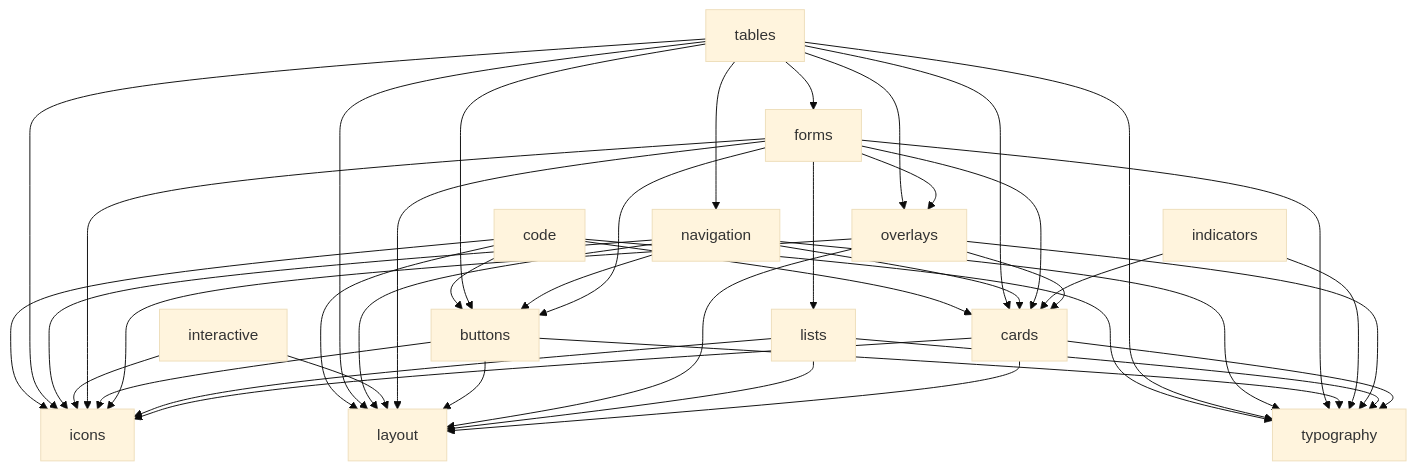
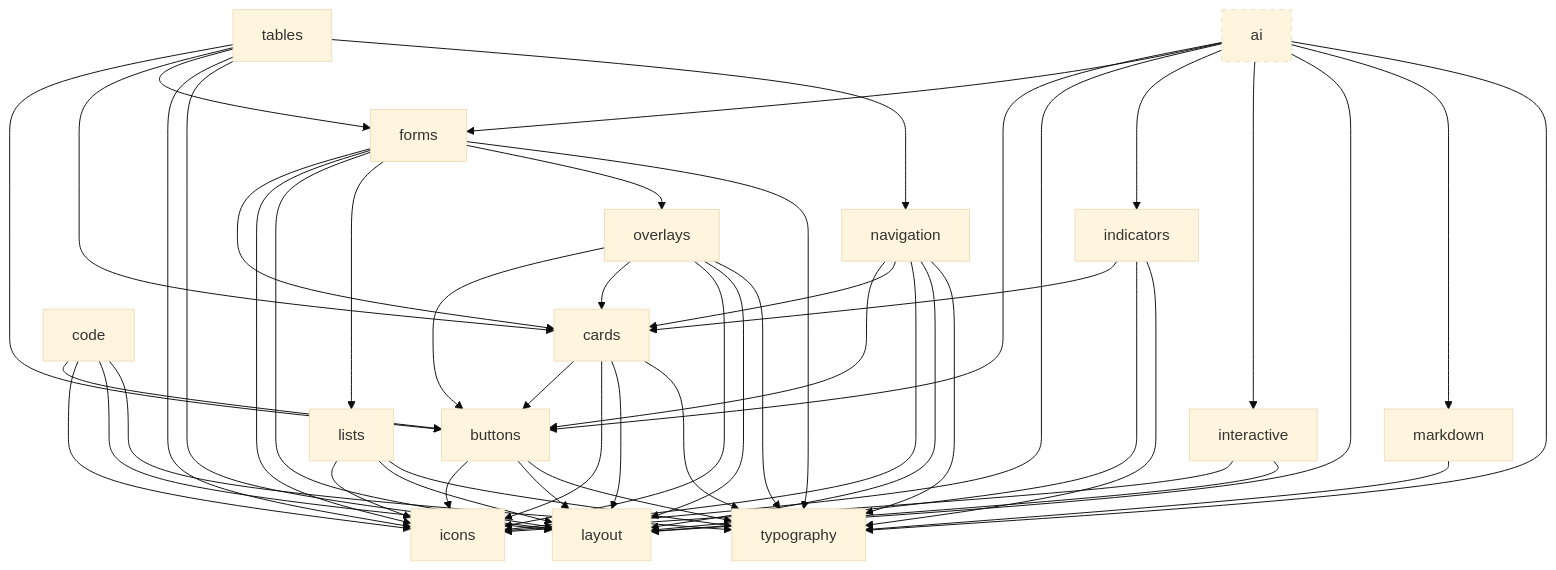
One commit to uiid-systems/design-system changed the diagram in docs/architecture/component-dependency-graph.md. Above: the diagram before and after it, drawn with Mermaid (base theme). The commit also changed other lines of this file, not shown here.

First line of the commit message:
docs(repo): rederive the component dependency graph from source imports (#592)

````diff
--- a/docs/architecture/component-dependency-graph.md
+++ b/docs/architecture/component-dependency-graph.md
@@ -12,34 +9,42 @@
 ```mermaid
 graph TD
   icons[icons]
   typography[typography]
   layout[layout]
+  buttons[buttons]
   cards[cards]
+  lists[lists]
+  markdown[markdown]
   overlays[overlays]
-  buttons[buttons]
   indicators[indicators]
-  lists[lists]
   forms[forms]
   interactive[interactive]
   navigation[navigation]
   tables[tables]
   code[code]
-
-  cards --> icons & layout & typography
-  lists --> icons & layout & typography
-
-  overlays --> cards & icons & layout & typography
-  indicators --> cards & typography
+  ai[ai]
 
   buttons --> icons & layout & typography
+  lists --> icons & layout & typography
+  markdown --> typography
 
-  forms --> buttons & cards & icons & layout & lists & overlays & typography
+  cards --> buttons & icons & layout & typography
+
+  overlays --> buttons & cards & icons & layout & typography
+  indicators --> cards & layout & typography
+
+  forms --> cards & icons & layout & lists & overlays & typography
 
   interactive --> icons & layout
 
   navigation --> buttons & cards & icons & layout & typography
 
-  tables --> buttons & cards & forms & icons & layout & navigation & overlays & typography
+  tables --> buttons & cards & forms & icons & layout & navigation
 
-  code --> buttons & cards & icons & layout & typography
+  code --> buttons & icons & layout & typography
+
+  ai --> buttons & forms & icons & indicators & interactive & layout & markdown & typography
+
+  classDef private stroke-dasharray: 5 5
+  class ai private
 ```
````
